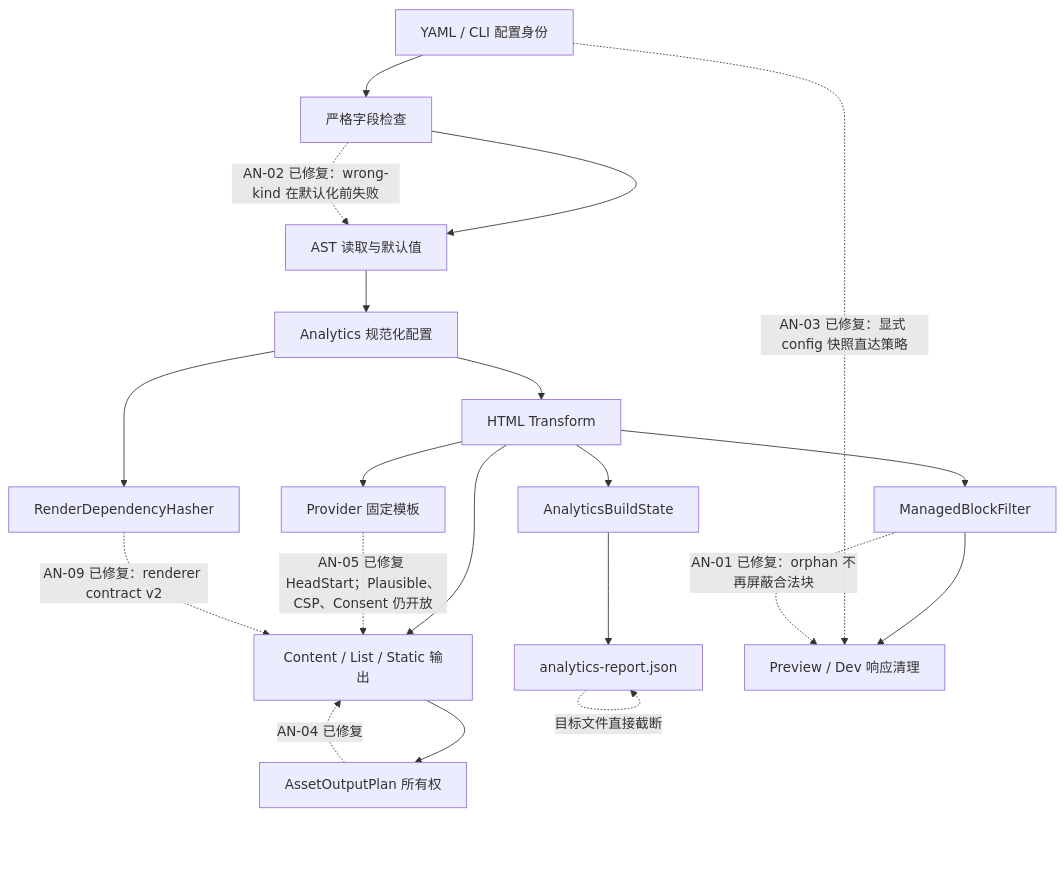
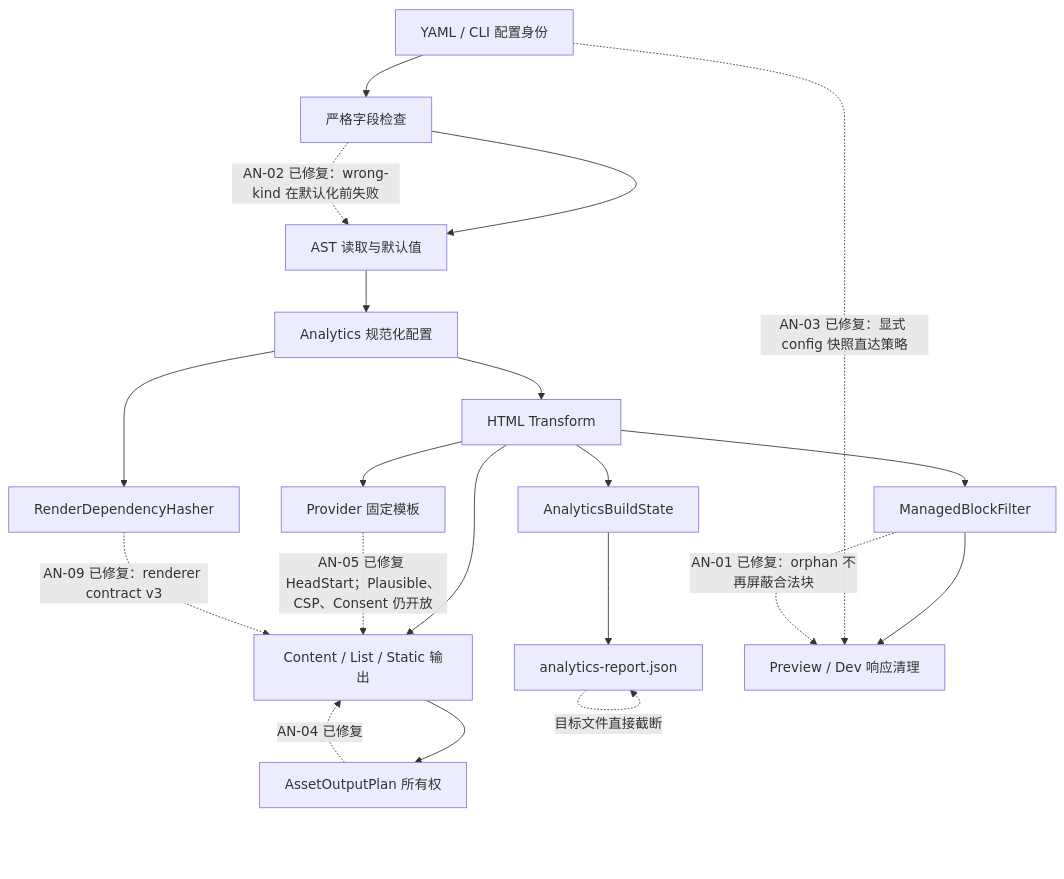
The diagram in docs/analysis/bukit-analytics-built-in-plugin-deep-audit-2026-07-18.zh-CN.md (ALi365-SDN-BHD/Bukit), drawn with Mermaid before and after one commit. The commit also changed other lines of this file and 5 other files, not shown here.

````diff
--- a/docs/analysis/bukit-analytics-built-in-plugin-deep-audit-2026-07-18.zh-CN.md
+++ b/docs/analysis/bukit-analytics-built-in-plugin-deep-audit-2026-07-18.zh-CN.md
@@ -77,23 +77,23 @@
 ```mermaid
 flowchart TD
     A["YAML / CLI 配置身份"] --> B["严格字段检查"]
     B --> C["AST 读取与默认值"]
     C --> D["Analytics 规范化配置"]
     D --> E["HTML Transform"]
     E --> F["ManagedBlockFilter"]
     E --> G["Provider 固定模板"]
     D --> H["RenderDependencyHasher"]
     E --> I["Content / List / Static 输出"]
     I --> J["AssetOutputPlan 所有权"]
     E --> K["AnalyticsBuildState"]
     K --> L["analytics-report.json"]
     F --> M["Preview / Dev 响应清理"]
 
     B -. "AN-02 已修复：wrong-kind 在默认化前失败" .-> C
     A -. "AN-03 已修复：显式 config 快照直达策略" .-> M
     F -. "AN-01 已修复：orphan 不再屏蔽合法块" .-> M
     G -. "AN-05 已修复 HeadStart；Plausible、CSP、Consent 仍开放" .-> I
-    H -. "AN-09 已修复：renderer contract v2" .-> I
+    H -. "AN-09 已修复：renderer contract v3" .-> I
     L -. "目标文件直接截断" .-> L
     J -. "AN-04 已修复" .-> I
 ```
````
